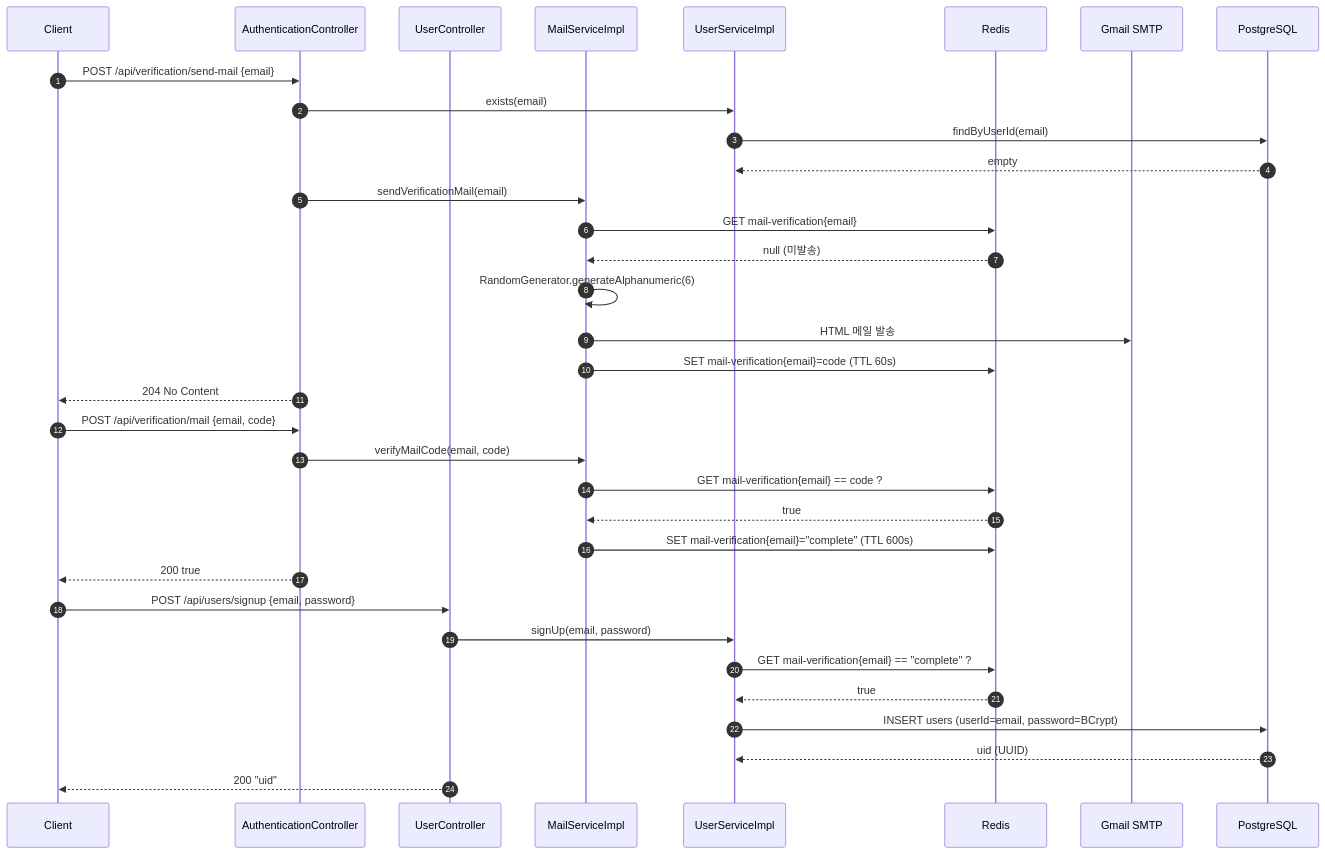
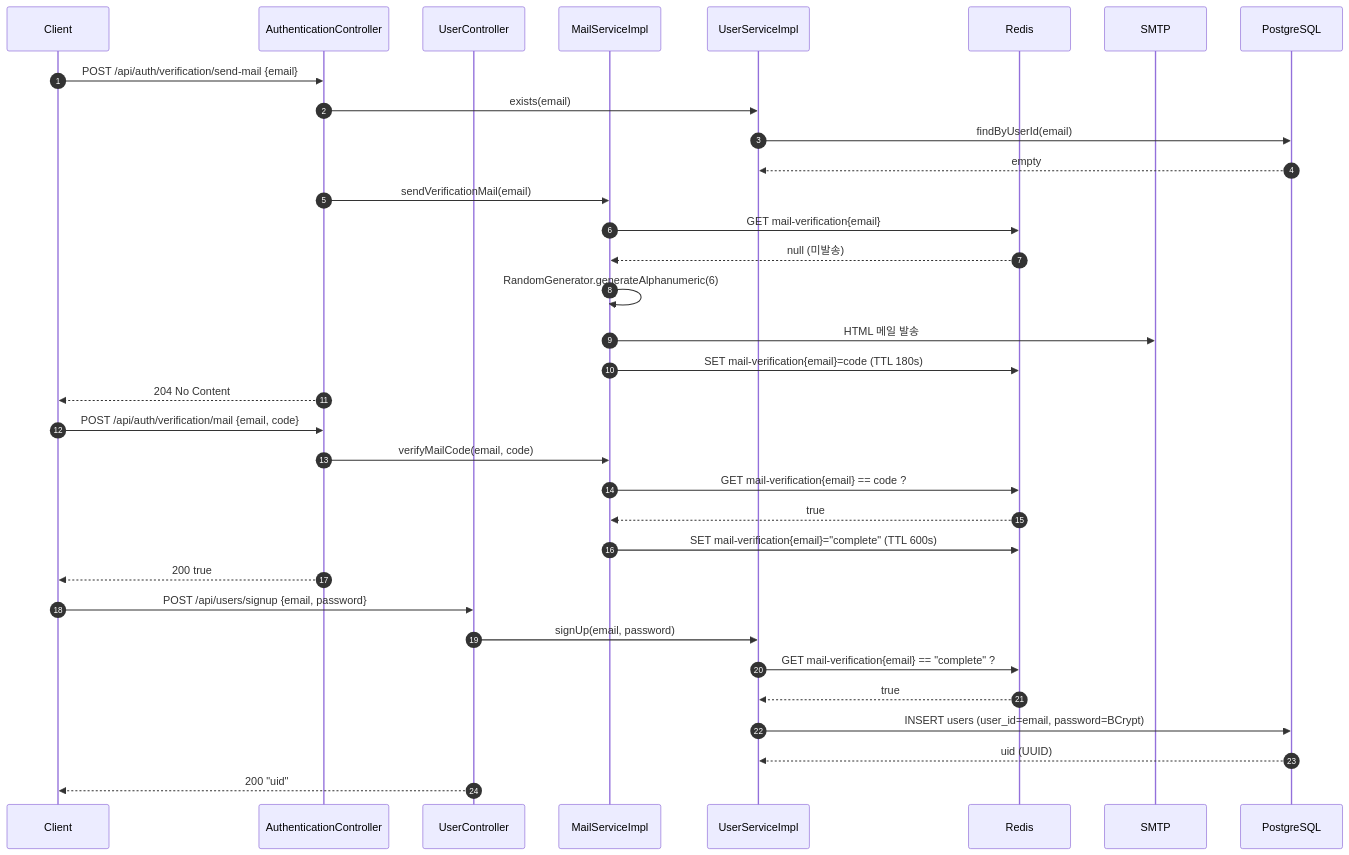
Before and after one commit to seonghun120614/Sports-Spoiler-Detector: the first of 7 diagrams in README.md, drawn with Mermaid. The commit also changed other lines of this file and 6 other files, not shown here.

Commit message:
fix: inconsistence of ttl millis about mail and redis & fix hardcoded oauth2 success redirect path & updaate docs

````diff
--- a/README.md
+++ b/README.md
@@ -228,39 +296,39 @@
 ```mermaid
 sequenceDiagram
     autonumber
     participant C as Client
     participant AC as AuthenticationController
     participant UC as UserController
     participant MS as MailServiceImpl
     participant US as UserServiceImpl
     participant R as Redis
-    participant SMTP as Gmail SMTP
+    participant SMTP as SMTP
     participant DB as PostgreSQL
 
-    C->>AC: POST /api/verification/send-mail {email}
+    C->>AC: POST /api/auth/verification/send-mail {email}
     AC->>US: exists(email)
     US->>DB: findByUserId(email)
     DB-->>US: empty
     AC->>MS: sendVerificationMail(email)
     MS->>R: GET mail-verification{email}
     R-->>MS: null (미발송)
     MS->>MS: RandomGenerator.generateAlphanumeric(6)
     MS->>SMTP: HTML 메일 발송
-    MS->>R: SET mail-verification{email}=code (TTL 60s)
+    MS->>R: SET mail-verification{email}=code (TTL 180s)
     AC-->>C: 204 No Content
 
-    C->>AC: POST /api/verification/mail {email, code}
+    C->>AC: POST /api/auth/verification/mail {email, code}
     AC->>MS: verifyMailCode(email, code)
     MS->>R: GET mail-verification{email} == code ?
     R-->>MS: true
     MS->>R: SET mail-verification{email}="complete" (TTL 600s)
     AC-->>C: 200 true
 
     C->>UC: POST /api/users/signup {email, password}
     UC->>US: signUp(email, password)
     US->>R: GET mail-verification{email} == "complete" ?
     R-->>US: true
-    US->>DB: INSERT users (userId=email, password=BCrypt)
+    US->>DB: INSERT users (user_id=email, password=BCrypt)
     DB-->>US: uid (UUID)
     UC-->>C: 200 "uid"
 ```
````
